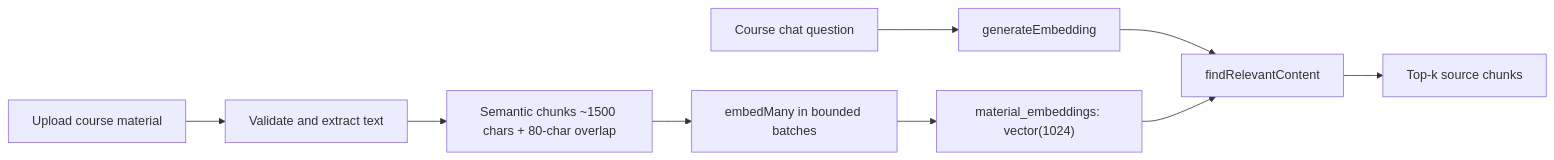
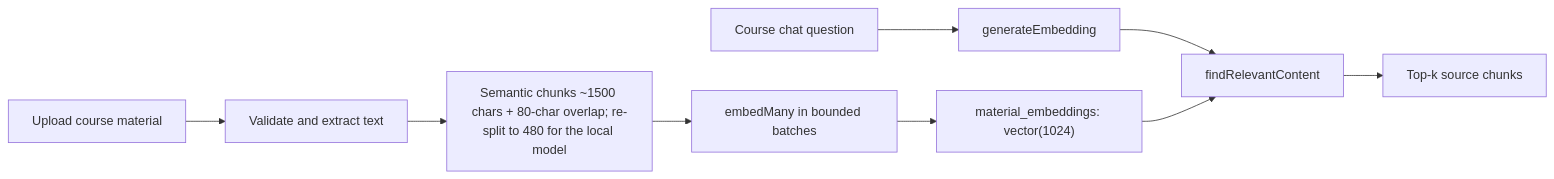
One commit to EduAI-Lab/EduAI changed the diagram in docs/rag-ai/EMBEDDINGS.md. Above: the diagram before and after it, drawn with Mermaid. The commit also changed other lines of this file and 1 other file, not shown here.

````diff
--- a/docs/rag-ai/EMBEDDINGS.md
+++ b/docs/rag-ai/EMBEDDINGS.md
@@ -11,11 +11,11 @@
 ```mermaid
 flowchart LR
   U[Upload course material] --> X[Validate and extract text]
-  X --> C[Semantic chunks ~1500 chars + 80-char overlap]
+  X --> C[Semantic chunks ~1500 chars + 80-char overlap; re-split to 480 for the local model]
   C --> E[embedMany in bounded batches]
   E --> V["material_embeddings: vector(1024)"]
   Q[Course chat question] --> QE[generateEmbedding]
   QE --> S[findRelevantContent]
   V --> S
   S --> R[Top-k source chunks]
 ```
````
